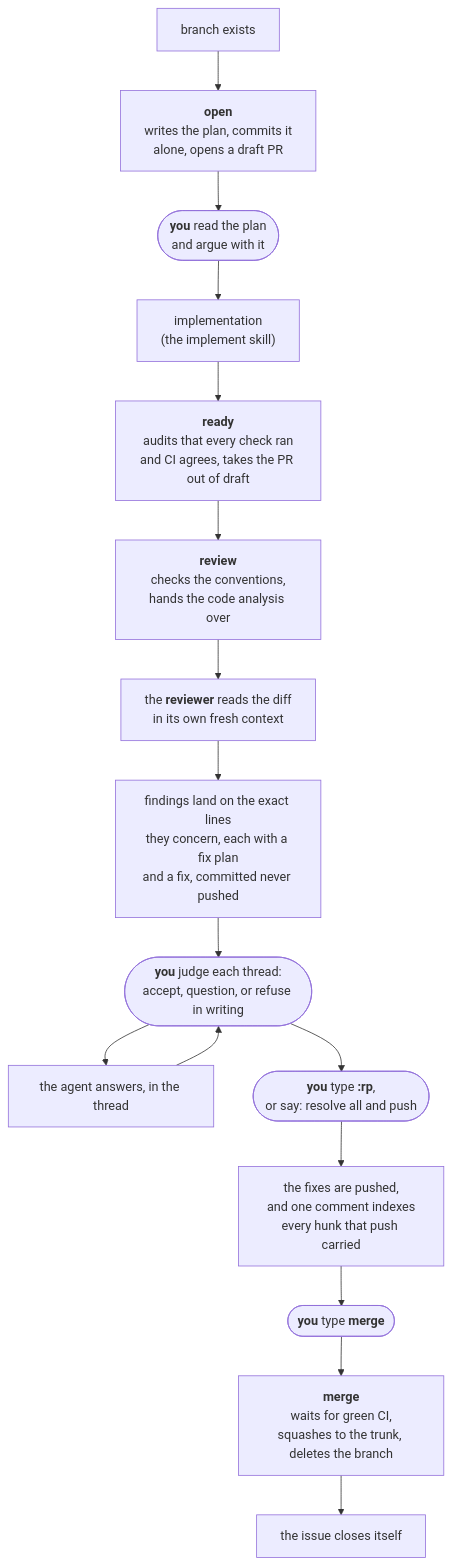
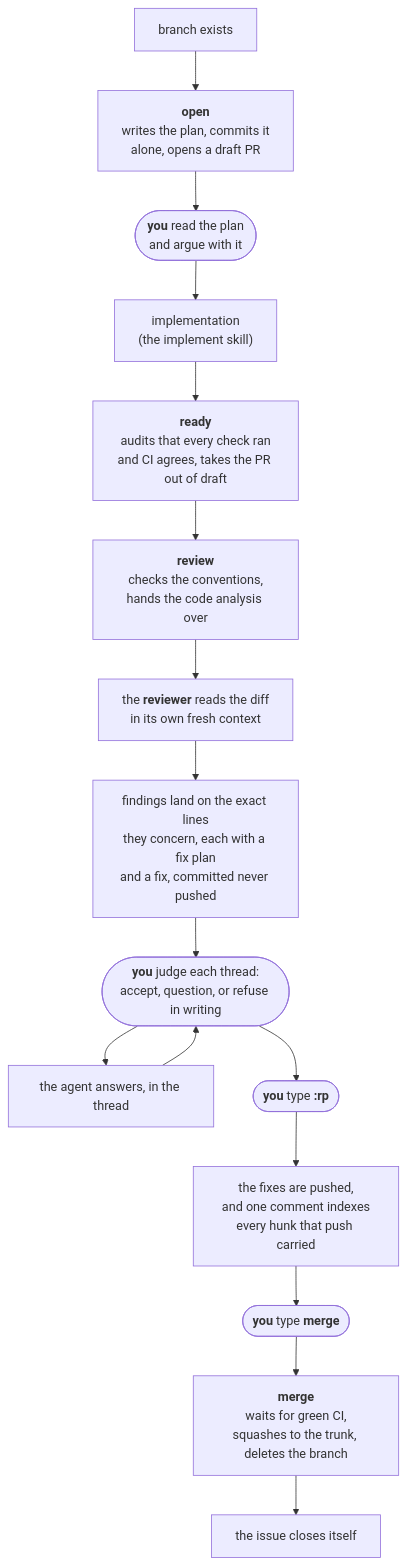
The diagram in plugins/gh-solo/skills/pr-flow/README.md (izkreny/agentifico), drawn with Mermaid before and after one commit. The commit also changed other lines of this file and 1 other file, not shown here.

First line of the commit message:
docs(gh-solo): say every workflow starts by its word (#467)

````diff
--- a/plugins/gh-solo/skills/pr-flow/README.md
+++ b/plugins/gh-solo/skills/pr-flow/README.md
@@ -24,18 +24,18 @@
 ```mermaid
 flowchart TD
     A["branch exists"] --> B["<b>open</b><br/>writes the plan, commits it<br/>alone, opens a draft PR"]
     B --> STOP(["<b>you</b> read the plan<br/>and argue with it"])
     STOP --> C["implementation<br/>(the implement skill)"]
     C --> D["<b>ready</b><br/>audits that every check ran<br/>and CI agrees, takes the PR out of draft"]
     D --> E["<b>review</b><br/>checks the conventions,<br/>hands the code analysis over"]
     E --> F["the <b>reviewer</b> reads the diff<br/>in its own fresh context"]
     F --> G["findings land on the exact lines<br/>they concern, each with a fix plan<br/>and a fix, committed never pushed"]
     G --> Q(["<b>you</b> judge each thread:<br/>accept, question, or refuse in writing"])
     Q --> R["the agent answers, in the thread"]
     R --> Q
-    Q --> S(["<b>you</b> type <b>:rp</b>,<br/>or say: resolve all and push"])
+    Q --> S(["<b>you</b> type <b>:rp</b>"])
     S --> T["the fixes are pushed,<br/>and one comment indexes<br/>every hunk that push carried"]
     T --> U(["<b>you</b> type <b>merge</b>"])
     U --> J["<b>merge</b><br/>waits for green CI,<br/>squashes to the trunk, deletes the branch"]
     J --> K["the issue closes itself"]
 ```
````
